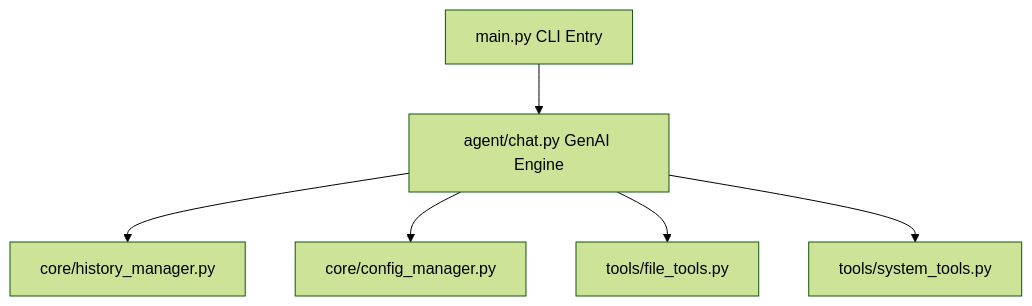
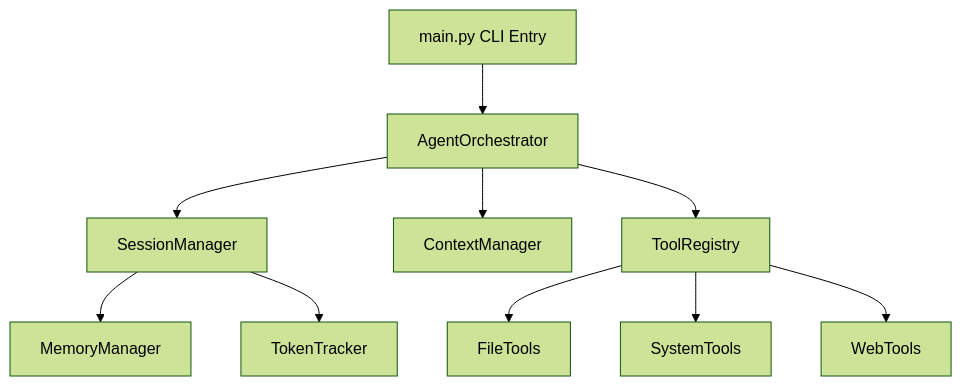
One commit to julesklord/mentask.py changed the diagram in ROADMAP.md. Above: the diagram before and after it, drawn with Mermaid (forest theme). The commit also changed other lines of this file and 22 other files, not shown here.

````diff
--- a/ROADMAP.md
+++ b/ROADMAP.md
@@ -51,8 +29,12 @@
 ```mermaid
 graph TD
-    A[main.py CLI Entry] --> B[agent/chat.py GenAI Engine]
-    B --> C[core/history_manager.py]
-    B --> D[core/config_manager.py]
-    B --> E[tools/file_tools.py]
-    B --> F[tools/system_tools.py]
+    A[main.py CLI Entry] --> B[AgentOrchestrator]
+    B --> C[SessionManager]
+    B --> D[ContextManager]
+    B --> E[ToolRegistry]
+    E --> F[FileTools]
+    E --> G[SystemTools]
+    E --> H[WebTools]
+    C --> I[MemoryManager]
+    C --> J[TokenTracker]
 ```
````
